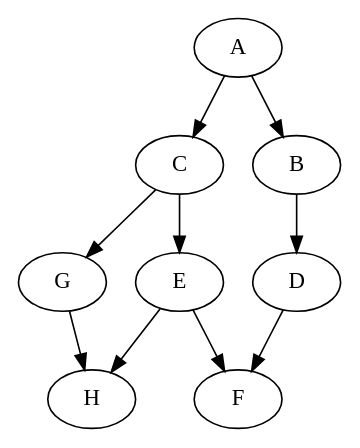
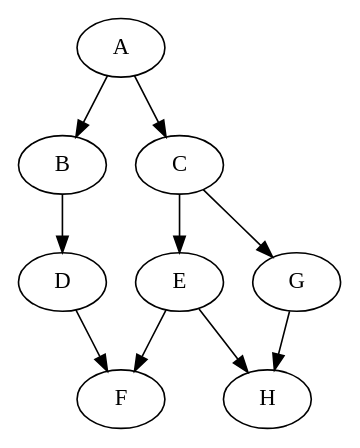
One commit to artiste-qb-net/quantum-fog changed the diagram in examples_cbnets/dot_test2.dot. Above: the diagram before and after it, drawn with Graphviz. The commit also changed other lines of this file and 20 other files, not shown here.

```diff
--- a/examples_cbnets/dot_test2.dot
+++ b/examples_cbnets/dot_test2.dot
@@ -1,19 +1,19 @@
 strict digraph G {
+B;
+D;
+G;
 C;
-D;
-B;
+F;
+H;
 A;
 E;
-G;
-F;
-H;
+B -> D;
+D -> F;
+G -> H;
+C -> G;
 C -> E;
-C -> G;
-D -> F;
-B -> D;
+A -> B;
 A -> C;
-A -> B;
 E -> F;
 E -> H;
-G -> H;
 }
```
